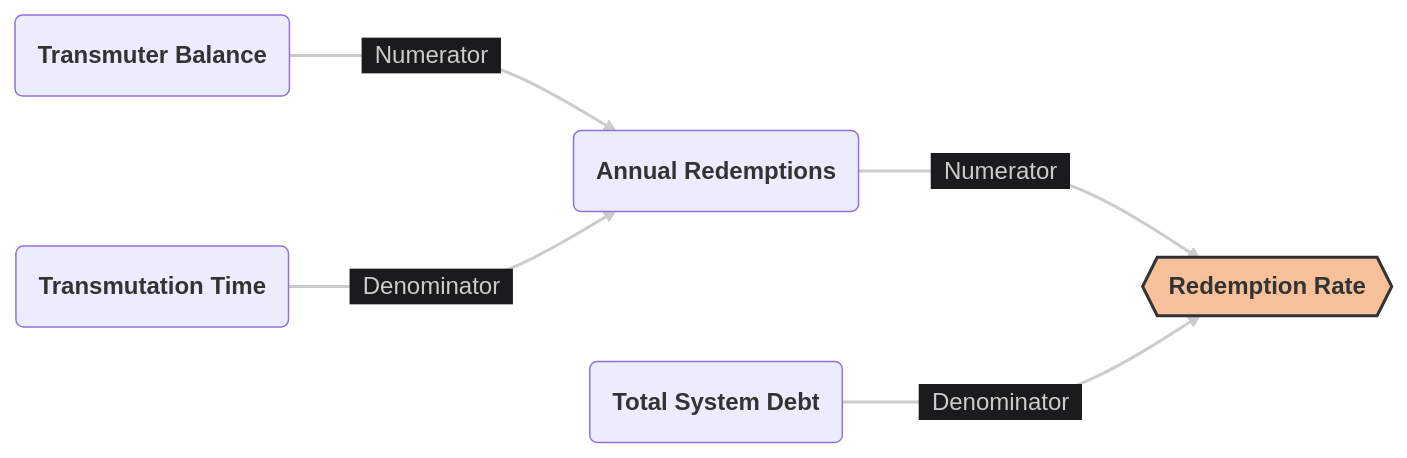
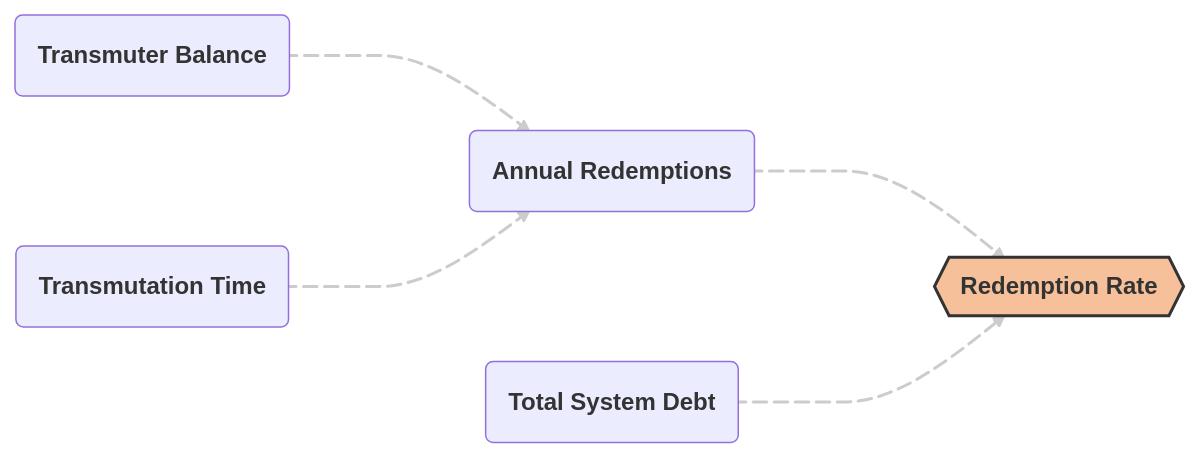
Before and after one commit to alchemix-finance/alchemix-v3-docs: the first of 3 diagrams in docs/user/concepts/redemption-rate.md, drawn with Mermaid. The commit also changed other lines of this file and 8 other files, not shown here.

````diff
--- a/docs/user/concepts/redemption-rate.md
+++ b/docs/user/concepts/redemption-rate.md
@@ -37,30 +29,34 @@
 ```mermaid
 %%{init: {
   'themeVariables': { 'fontFamily': 'Montserrat', 'edgeLabelBackground':'#1b1b1d',     'tertiaryColor': '#1b1b1d' },
   'flowchart': {
       'curve': 'monotoneX',
       'nodeSpacing': 100,
-      'rankSpacing': 80
+      'rankSpacing': 120
   }
 }}%%
 flowchart LR
     %% Font Weights
     classDef default font-weight:bold;
 
     %% Inputs
     A(Transmuter Balance)
     B(Transmutation Time)
     C(Total System Debt)
     D(Annual Redemptions)
     E{{Redemption Rate}}
 
     %% Connections
-    A --> |&nbsp;&nbsp;Numerator&nbsp;&nbsp;| D
-    B --> |&nbsp;&nbsp;Denominator&nbsp;&nbsp;| D
-    D --> |&nbsp;&nbsp;Numerator&nbsp;&nbsp;| E
-    C --> |&nbsp;&nbsp;Denominator&nbsp;&nbsp;| E
+    A e1@--> D
+    B e2@--> D
+    D e3@--> E
+    C e4@--> E
 
     %% Styling
     style E fill:#f5c09a,stroke:#333,stroke-width:2px,color:#333
     linkStyle 0,1,2,3 stroke:#ccc,stroke-width:2px,color:#ccc
+    e1@{ animation: slow }
+    e2@{ animation: slow }
+    e3@{ animation: fast }
+    e4@{ animation: slow }
 ```
````
